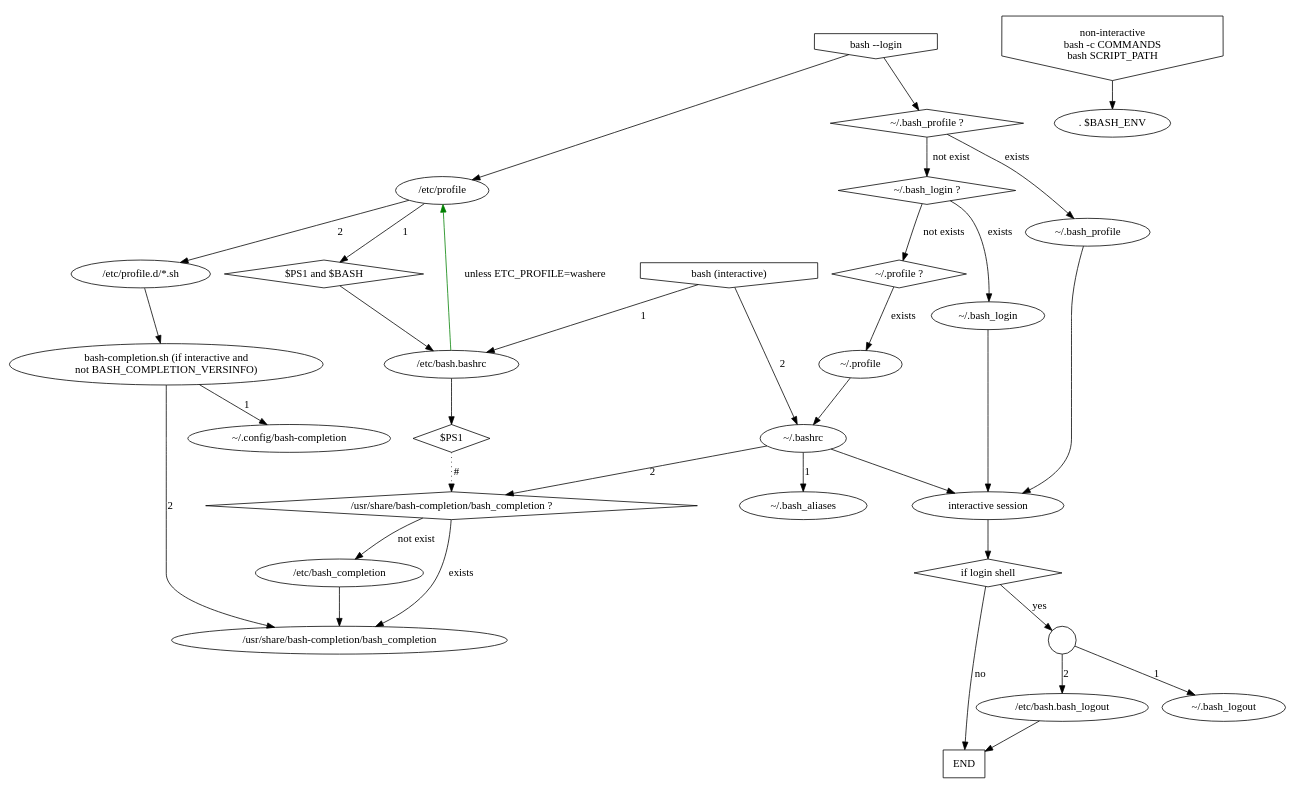
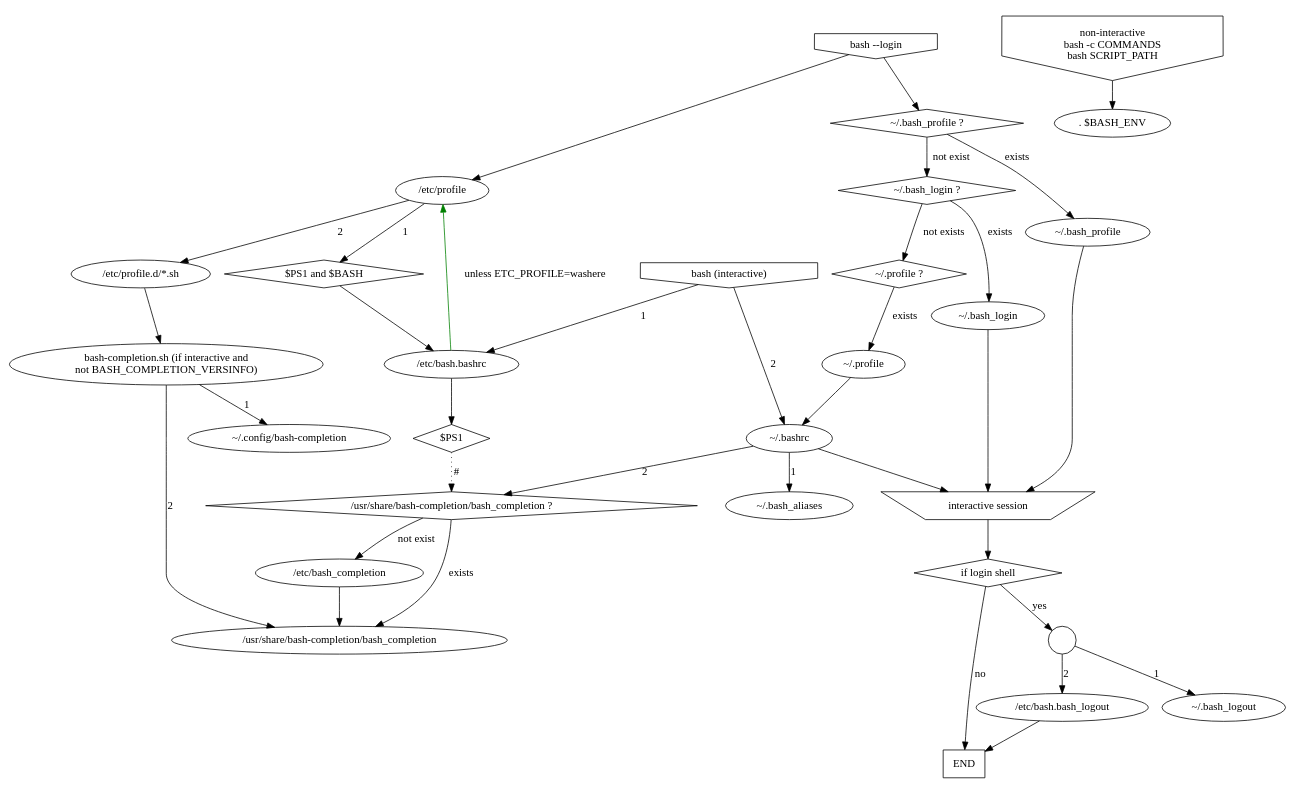
One commit to bAndie91/debian-supplements changed the diagram in environment/shell-init-call.dot. Above: the diagram before and after it, drawn with Graphviz.

```diff
--- a/environment/shell-init-call.dot
+++ b/environment/shell-init-call.dot
@@ -1,64 +1,65 @@
 digraph {
 	"bash --login" [shape="invhouse"];
 	"bash (interactive)" [shape="invhouse"];
 	"non-interactive" [label="non-interactive\nbash -c COMMANDS\nbash SCRIPT_PATH",shape="invhouse"];
 	
 	"/etc/bash.bashrc: if PS1" [label="$PS1",shape="diamond"];
 	"$PS1 and $BASH" [shape="diamond"];
 	"/usr/share/bash-completion/bash_completion ?" [shape="diamond"];
 	
+	"interactive session" [shape="invtrapezium"];
 	"logout" [label="",shape="circle"];
 	"END" [shape="box"];
 
 	
 	"/etc/bash.bashrc" -> "/etc/bash.bashrc: if PS1";
 	"/etc/bash.bashrc: if PS1" -> "/usr/share/bash-completion/bash_completion ?" [style="dotted",label="#"];
 	
 	"/usr/share/bash-completion/bash_completion ?" -> "/usr/share/bash-completion/bash_completion" [label="exists"];
 	"/usr/share/bash-completion/bash_completion ?" -> "/etc/bash_completion" [label="not exist"];
 	"/etc/bash_completion" -> "/usr/share/bash-completion/bash_completion";
 	
 	"bash --login" -> "/etc/profile";
 	"/etc/profile" -> "$PS1 and $BASH" [label="1"];
 	"$PS1 and $BASH" -> "/etc/bash.bashrc";
 	"/etc/profile" -> "/etc/profile.d/*.sh" [label="2"];
 	
 	"bash-completion.sh" [label="bash-completion.sh (if interactive and\nnot BASH_COMPLETION_VERSINFO)"];
 	
 	"/etc/profile.d/*.sh" -> "bash-completion.sh";
 	"bash-completion.sh" -> "~/.config/bash-completion" [label="1"];
 	"bash-completion.sh" -> "/usr/share/bash-completion/bash_completion" [label="2"];
 	
 	"~/.bash_profile ?" [shape="diamond"];
 	"~/.bash_login ?" [shape="diamond"];
 	"~/.profile ?" [shape="diamond"];
 	"if login shell" [shape="diamond"];
 	
 	"bash --login" -> "~/.bash_profile ?";
 	"~/.bash_profile ?" -> "~/.bash_profile" [label="exists"];
 	"~/.bash_profile" -> "interactive session";
 	"~/.bash_profile ?" -> "~/.bash_login ?" [label="not exist"];
 	"~/.bash_login ?" -> "~/.bash_login" [label="exists"];
 	"~/.bash_login" -> "interactive session";
 	"~/.bash_login ?" -> "~/.profile ?" [label="not exists"];
 	"~/.profile ?" -> "~/.profile" [label="exists"];
 	"~/.profile" -> "~/.bashrc";
 	
 	"bash (interactive)" -> "/etc/bash.bashrc" [label="1"];
 	"bash (interactive)" -> "~/.bashrc" [label="2"];
 	
 	"~/.bashrc" -> "~/.bash_aliases" [label="1"];
 	"~/.bashrc" -> "/usr/share/bash-completion/bash_completion ?" [label="2"];
 	"/etc/bash.bashrc" -> "/etc/profile" [color="green",label="unless ETC_PROFILE=washere"];
 	
 	"~/.bashrc" -> "interactive session" [label=""];
 
 	"interactive session" -> "if login shell";
 	"if login shell" -> "logout" [label="yes"];
 	"logout" -> "~/.bash_logout" [label="1"];
 	"logout" -> "/etc/bash.bash_logout" [label="2"];
 	"if login shell" -> "END" [label="no"];
 	"/etc/bash.bash_logout" -> "END";
 	
 	"non-interactive" -> ". $BASH_ENV";
 }
```
